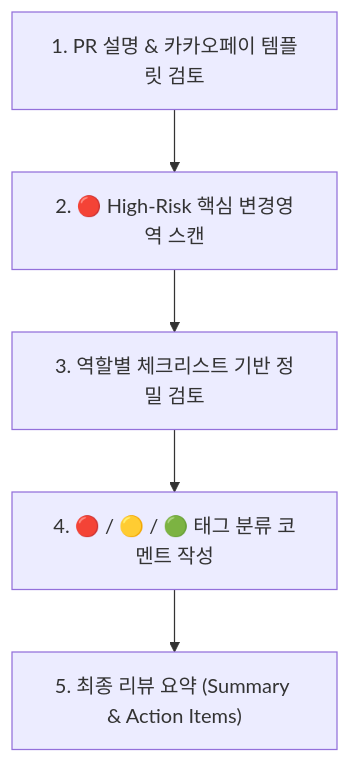
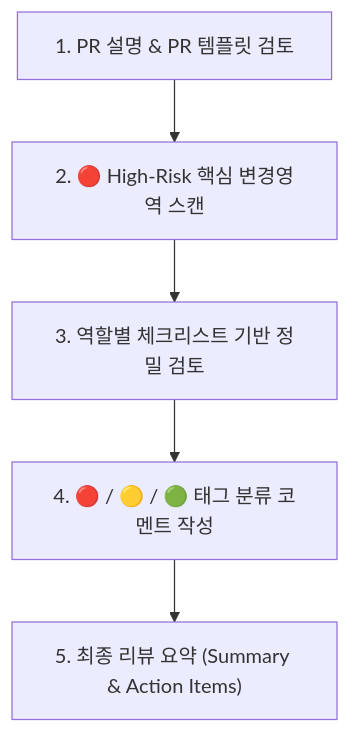
Before and after one commit to DongJinNam/dev-team-skills: the diagram in skills/code-review/SKILL.md, drawn with Mermaid. The commit also changed other lines of this file and 42 other files, not shown here.

````diff
--- a/skills/code-review/SKILL.md
+++ b/skills/code-review/SKILL.md
@@ -44,7 +44,7 @@
 ```mermaid
 flowchart TD
-    A["1. PR 설명 & 카카오페이 템플릿 검토"] --> B["2. 🔴 High-Risk 핵심 변경영역 스캔"]
+    A["1. PR 설명 & PR 템플릿 검토"] --> B["2. 🔴 High-Risk 핵심 변경영역 스캔"]
     B --> C["3. 역할별 체크리스트 기반 정밀 검토"]
     C --> D["4. 🔴 / 🟡 / 🟢 태그 분류 코멘트 작성"]
     D --> E["5. 최종 리뷰 요약 (Summary & Action Items)"]
 ```
````
